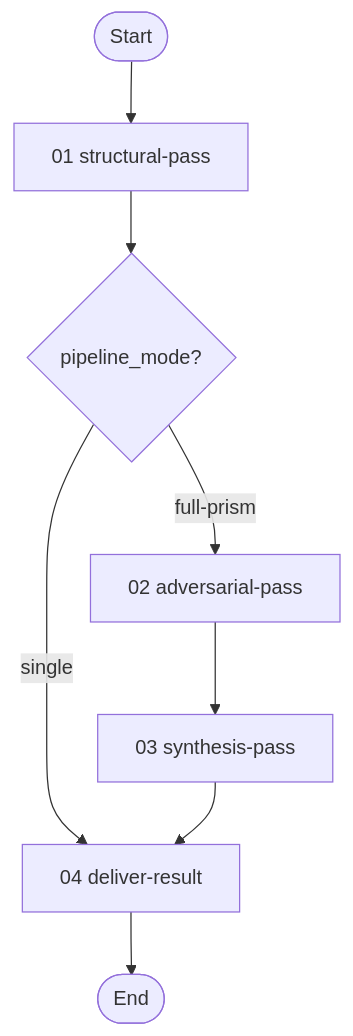
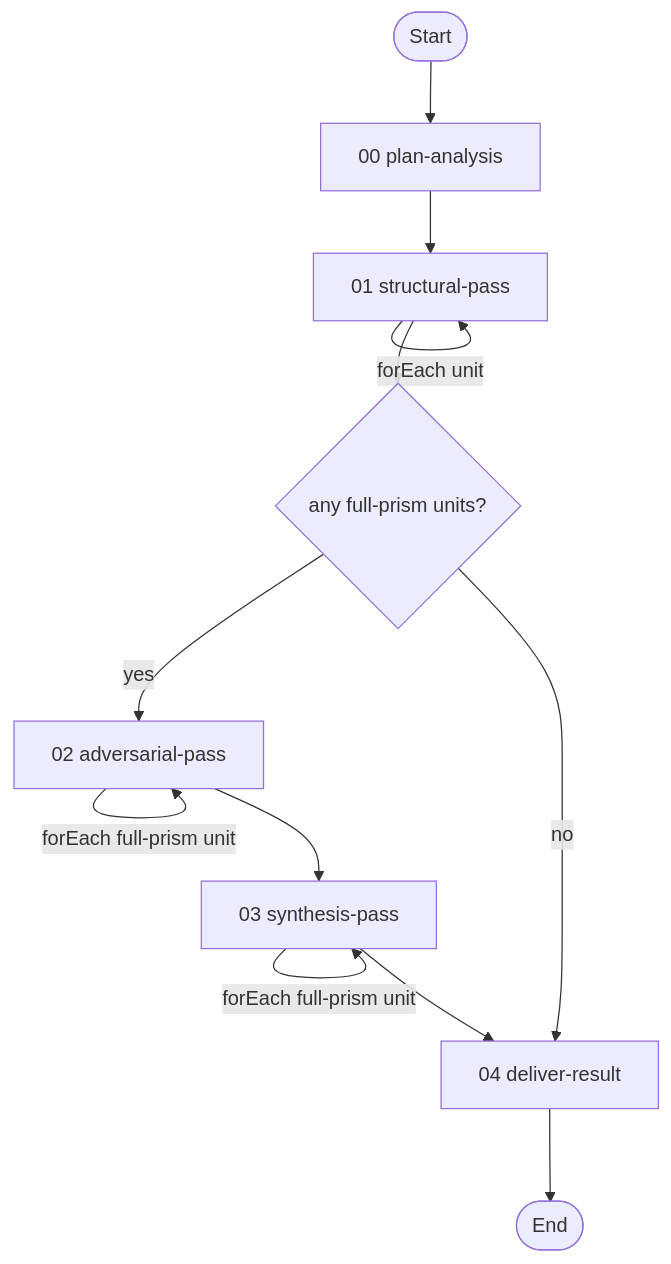
Before and after one commit to m2ux/workflow-server: the first of 2 diagrams in prism/README.md, drawn with Mermaid. The commit also changed other lines of this file and 1 other file, not shown here.

First line of the commit message:
docs(prism): rewrite workflow and skills READMEs for current architecture

````diff
--- a/prism/README.md
+++ b/prism/README.md
@@ -42,13 +55,17 @@
 ```mermaid
 graph TD
-    startNode(["Start"]) --> SP["01 structural-pass"]
+    startNode(["Start"]) --> SM["00 plan-analysis"]
+    SM --> SP["01 structural-pass"]
 
-    SP --> MODE{"pipeline_mode?"}
-    MODE -->|"full-prism"| AP["02 adversarial-pass"]
-    MODE -->|"single"| DR["04 deliver-result"]
+    SP --> |"forEach unit"| SP
+    SP --> MODE{"any full-prism units?"}
+    MODE -->|"yes"| AP["02 adversarial-pass"]
+    MODE -->|"no"| DR["04 deliver-result"]
 
+    AP --> |"forEach full-prism unit"| AP
     AP --> SYN["03 synthesis-pass"]
+    SYN --> |"forEach full-prism unit"| SYN
     SYN --> DR
 
     DR --> doneNode(["End"])
 ```
````
